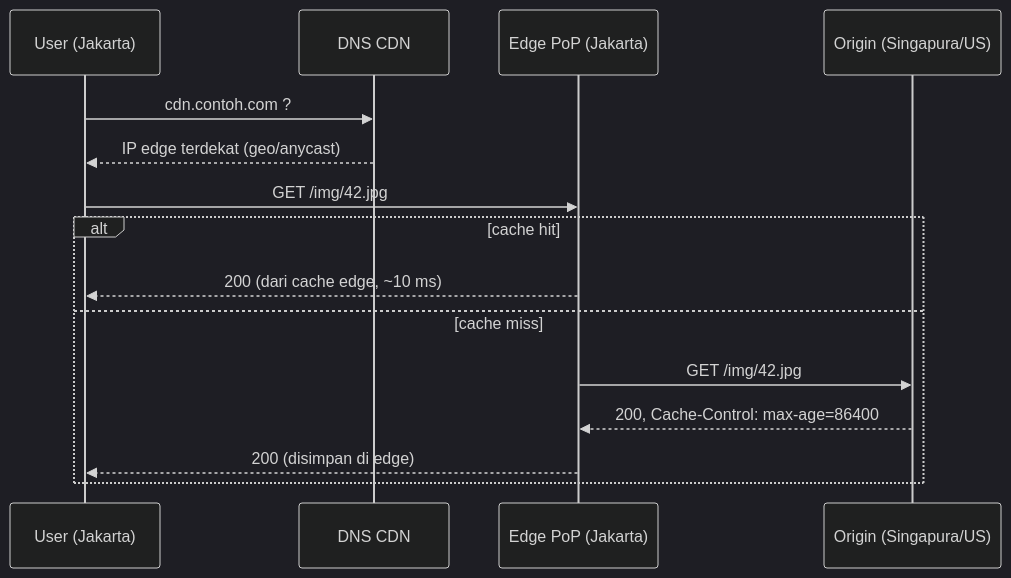
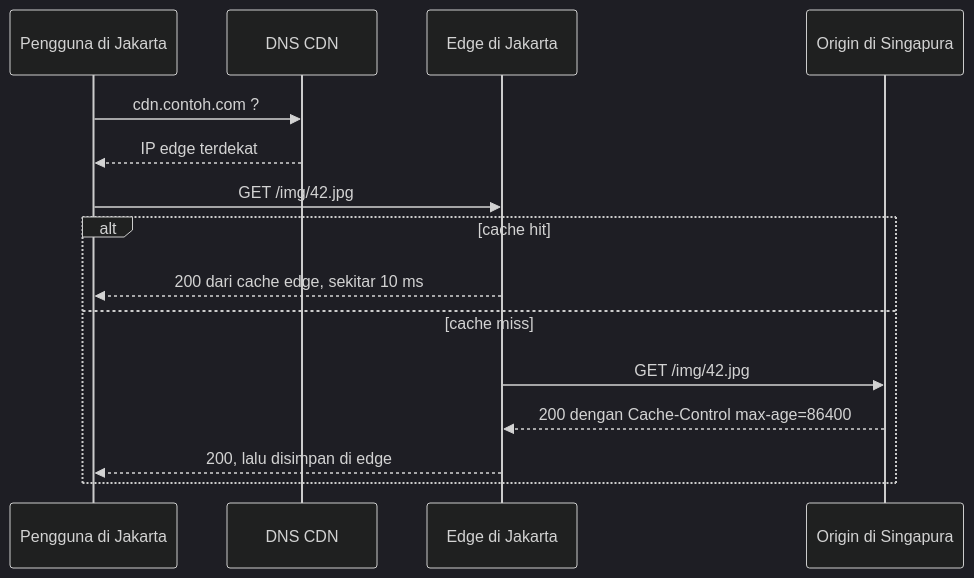
One commit to andreanpradanaa/sysdesign-lab changed the diagram in src/content/lessons/bagian-2/cdn.mdx. Above: the diagram before and after it, drawn with Mermaid (dark theme). The commit also changed other lines of this file and 18 other files, not shown here.

````diff
--- a/src/content/lessons/bagian-2/cdn.mdx
+++ b/src/content/lessons/bagian-2/cdn.mdx
@@ -93,17 +95,17 @@
 ```mermaid
 sequenceDiagram
-  participant U as User (Jakarta)
+  participant U as Pengguna di Jakarta
   participant D as DNS CDN
-  participant E as Edge PoP (Jakarta)
-  participant O as Origin (Singapura/US)
+  participant E as Edge di Jakarta
+  participant O as Origin di Singapura
   U->>D: cdn.contoh.com ?
-  D-->>U: IP edge terdekat (geo/anycast)
+  D-->>U: IP edge terdekat
   U->>E: GET /img/42.jpg
   alt cache hit
-    E-->>U: 200 (dari cache edge, ~10 ms)
+    E-->>U: 200 dari cache edge, sekitar 10 ms
   else cache miss
     E->>O: GET /img/42.jpg
-    O-->>E: 200, Cache-Control: max-age=86400
-    E-->>U: 200 (disimpan di edge)
+    O-->>E: 200 dengan Cache-Control max-age=86400
+    E-->>U: 200, lalu disimpan di edge
   end
 ```
````
